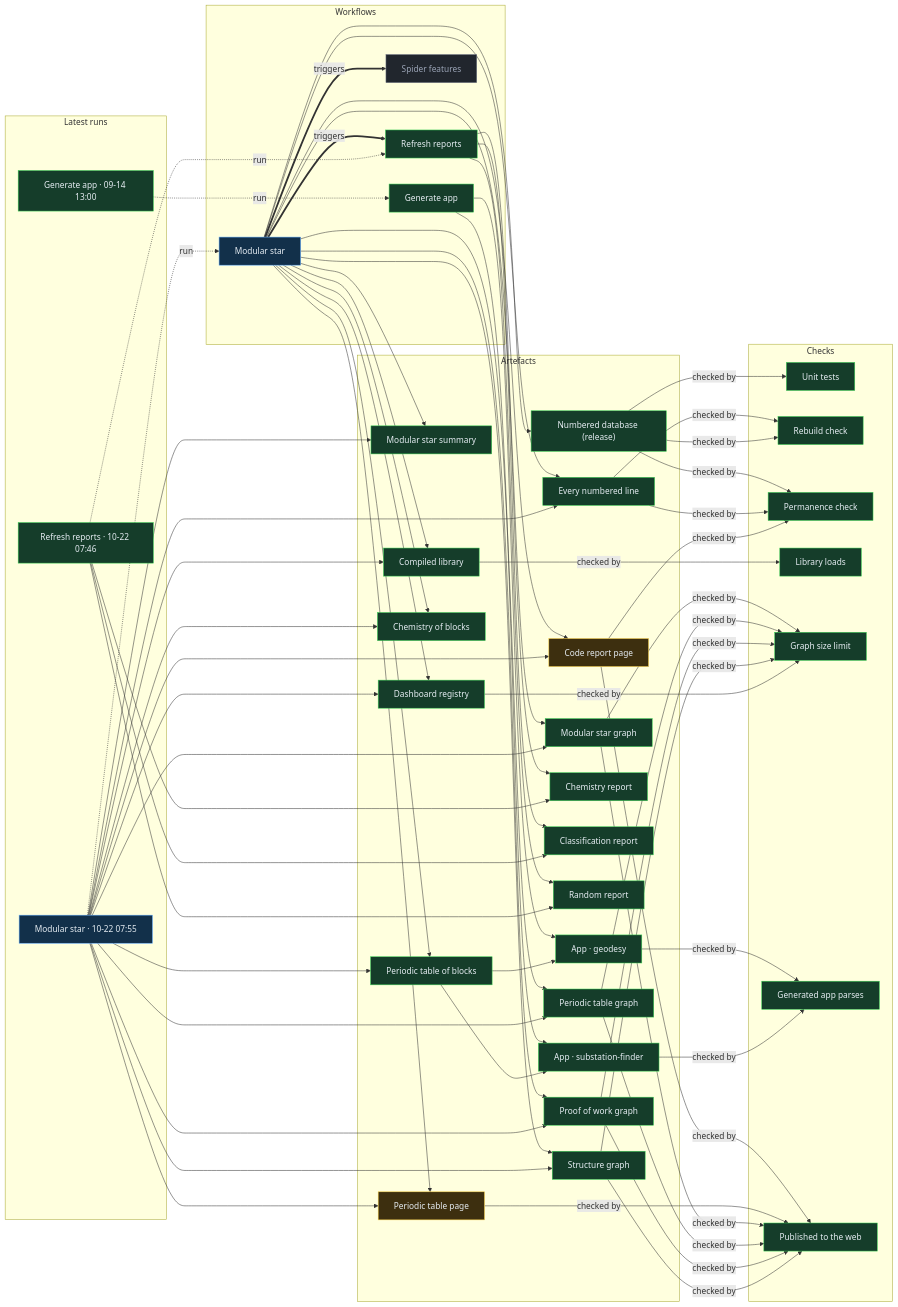
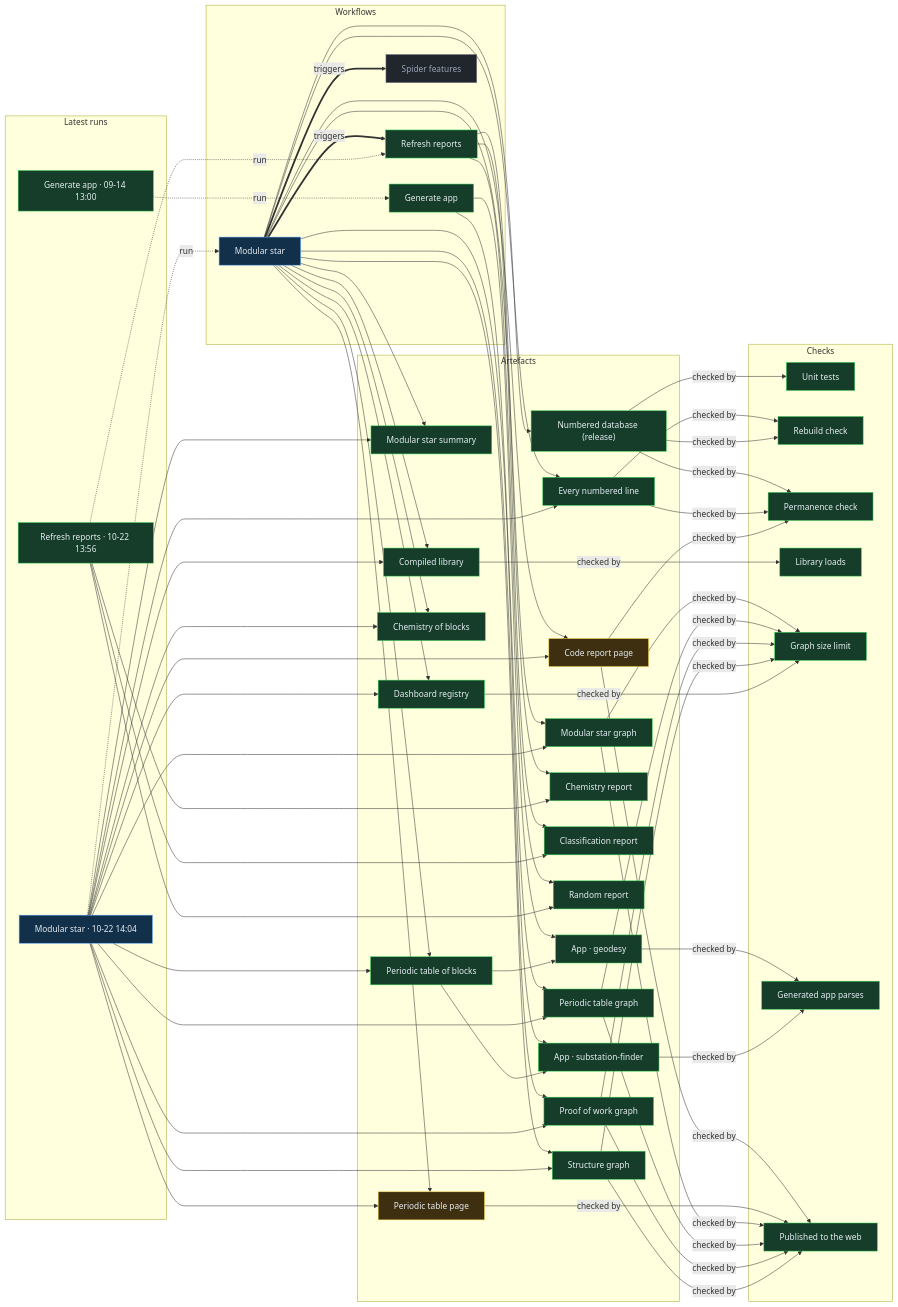
The diagram in proof/PROOF.md (Ventusltd/stars), drawn with Mermaid before and after one commit. The commit also changed other lines of this file and 44 other files, not shown here.

Commit message:
Modular star 2026-10-22T14:06Z

```diff
--- a/proof/PROOF.md
+++ b/proof/PROOF.md
@@ -24,8 +24,8 @@
   n_wf_spider_features["Spider features"]:::off
   end
   subgraph g_runs["Latest runs"]
-  n_run_39743905825["Modular star · 10-22 07:55"]:::live
-  n_run_39742805048["Refresh reports · 10-22 07:46"]:::ok
+  n_run_39792503199["Modular star · 10-22 14:04"]:::live
+  n_run_39791341917["Refresh reports · 10-22 13:56"]:::ok
   n_run_34846587798["Generate app · 09-14 13:00"]:::ok
   end
   subgraph g_artefacts["Artefacts"]
@@ -59,39 +59,39 @@
   end
   n_wf_modular_star == triggers ==> n_wf_refresh
   n_wf_modular_star == triggers ==> n_wf_spider_features
-  n_run_39743905825 -. run .-> n_wf_modular_star
-  n_run_39742805048 -. run .-> n_wf_refresh
+  n_run_39792503199 -. run .-> n_wf_modular_star
+  n_run_39791341917 -. run .-> n_wf_refresh
   n_run_34846587798 -. run .-> n_wf_generate
   n_wf_modular_star --> n_art_summary
-  n_run_39743905825 --> n_art_summary
+  n_run_39792503199 --> n_art_summary
   n_wf_modular_star --> n_art_lines
-  n_run_39743905825 --> n_art_lines
+  n_run_39792503199 --> n_art_lines
   n_wf_modular_star --> n_art_code
-  n_run_39743905825 --> n_art_code
+  n_run_39792503199 --> n_art_code
   n_wf_modular_star --> n_art_modular_graph
-  n_run_39743905825 --> n_art_modular_graph
+  n_run_39792503199 --> n_art_modular_graph
   n_wf_modular_star --> n_art_blocks
-  n_run_39743905825 --> n_art_blocks
+  n_run_39792503199 --> n_art_blocks
   n_wf_modular_star --> n_art_table
-  n_run_39743905825 --> n_art_table
+  n_run_39792503199 --> n_art_table
   n_wf_modular_star --> n_art_blocks_graph
-  n_run_39743905825 --> n_art_blocks_graph
+  n_run_39792503199 --> n_art_blocks_graph
   n_wf_modular_star --> n_art_reactions
-  n_run_39743905825 --> n_art_reactions
+  n_run_39792503199 --> n_art_reactions
   n_wf_modular_star --> n_art_library
-  n_run_39743905825 --> n_art_library
+  n_run_39792503199 --> n_art_library
   n_wf_modular_star --> n_art_features
-  n_run_39743905825 --> n_art_features
+  n_run_39792503199 --> n_art_features
   n_wf_modular_star --> n_art_proof
-  n_run_39743905825 --> n_art_proof
+  n_run_39792503199 --> n_art_proof
   n_wf_modular_star --> n_art_structure
-  n_run_39743905825 --> n_art_structure
+  n_run_39792503199 --> n_art_structure
   n_wf_refresh --> n_art_chemistry
-  n_run_39742805048 --> n_art_chemistry
+  n_run_39791341917 --> n_art_chemistry
   n_wf_refresh --> n_art_vedic
-  n_run_39742805048 --> n_art_vedic
+  n_run_39791341917 --> n_art_vedic
   n_wf_refresh --> n_art_random
-  n_run_39742805048 --> n_art_random
+  n_run_39791341917 --> n_art_random
   n_wf_modular_star --> n_art_release
   n_wf_generate --> n_app_geodesy
   n_art_blocks --> n_app_geodesy
```
